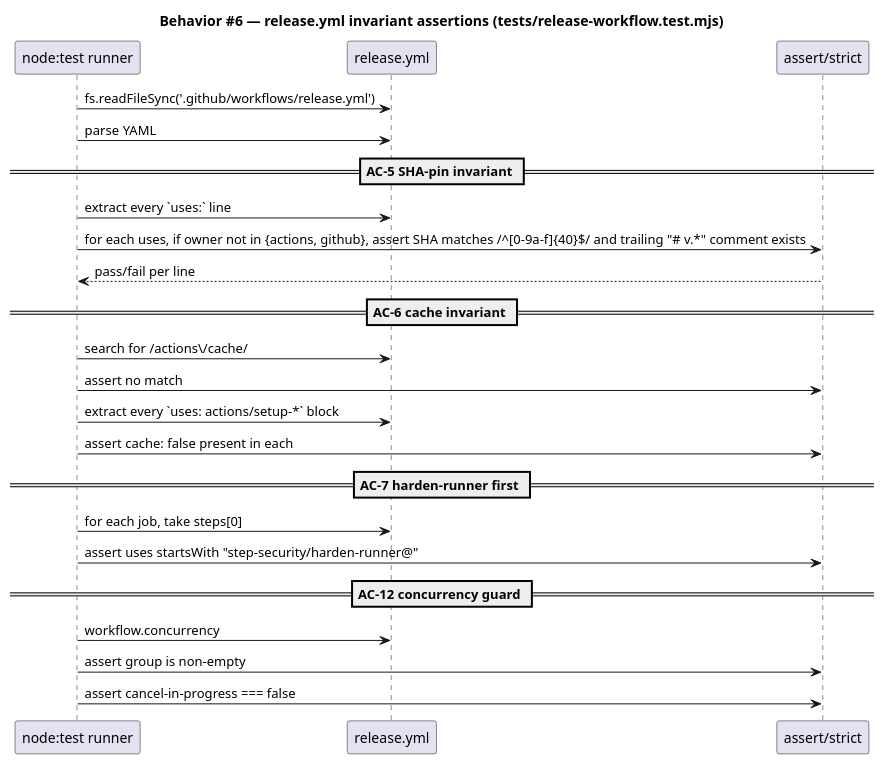
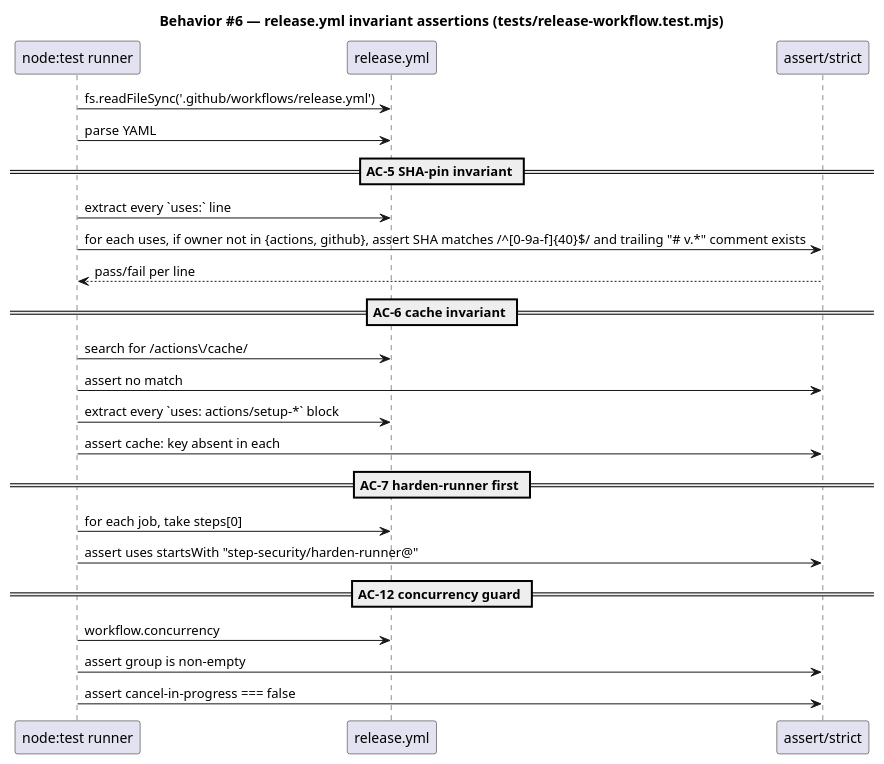
Before and after one commit to friedbotstudio/baseline: the tenth of 12 diagrams in docs/specs/release-workflow.md, drawn with PlantUML. The commit also changed other lines of this file and 6 other files, not shown here.

First line of the commit message:
fix(release-workflow): correct AC-006/AC-011/AC-013 — cache:false fatal + missing build-verify needs edge

````diff
--- a/docs/specs/release-workflow.md
+++ b/docs/specs/release-workflow.md
@@ -357,31 +360,31 @@
 ```plantuml
 @startuml
 title Behavior #6 — release.yml invariant assertions (tests/release-workflow.test.mjs)
 participant "node:test runner" as T
 participant "release.yml" as Y
 participant "assert/strict" as A
 
 T -> Y : fs.readFileSync('.github/workflows/release.yml')
 T -> Y : parse YAML
 
 == AC-5 SHA-pin invariant ==
 T -> Y : extract every `uses:` line
 T -> A : for each uses, if owner not in {actions, github}, assert SHA matches /^[0-9a-f]{40}$/ and trailing "# v.*" comment exists
 A --> T : pass/fail per line
 
 == AC-6 cache invariant ==
 T -> Y : search for /actions\/cache/
 T -> A : assert no match
 T -> Y : extract every `uses: actions/setup-*` block
-T -> A : assert cache: false present in each
+T -> A : assert cache: key absent in each
 
 == AC-7 harden-runner first ==
 T -> Y : for each job, take steps[0]
 T -> A : assert uses startsWith "step-security/harden-runner@"
 
 == AC-12 concurrency guard ==
 T -> Y : workflow.concurrency
 T -> A : assert group is non-empty
 T -> A : assert cancel-in-progress === false
 @enduml
 ```
````
